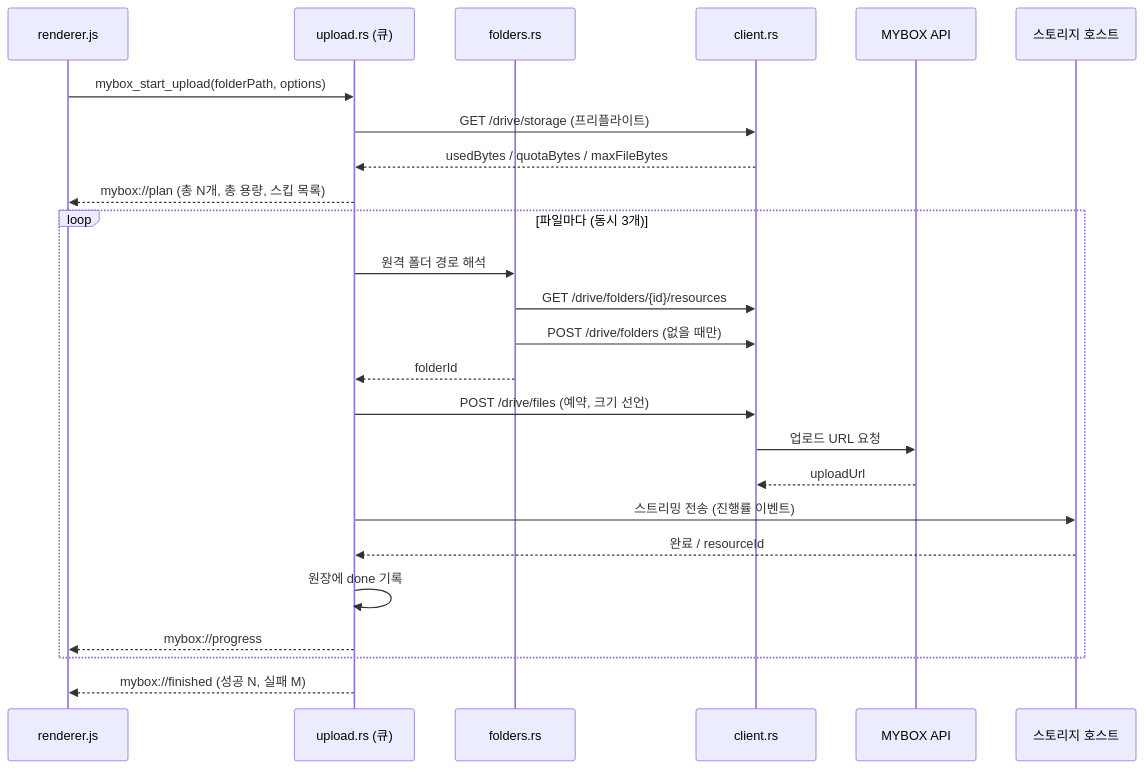
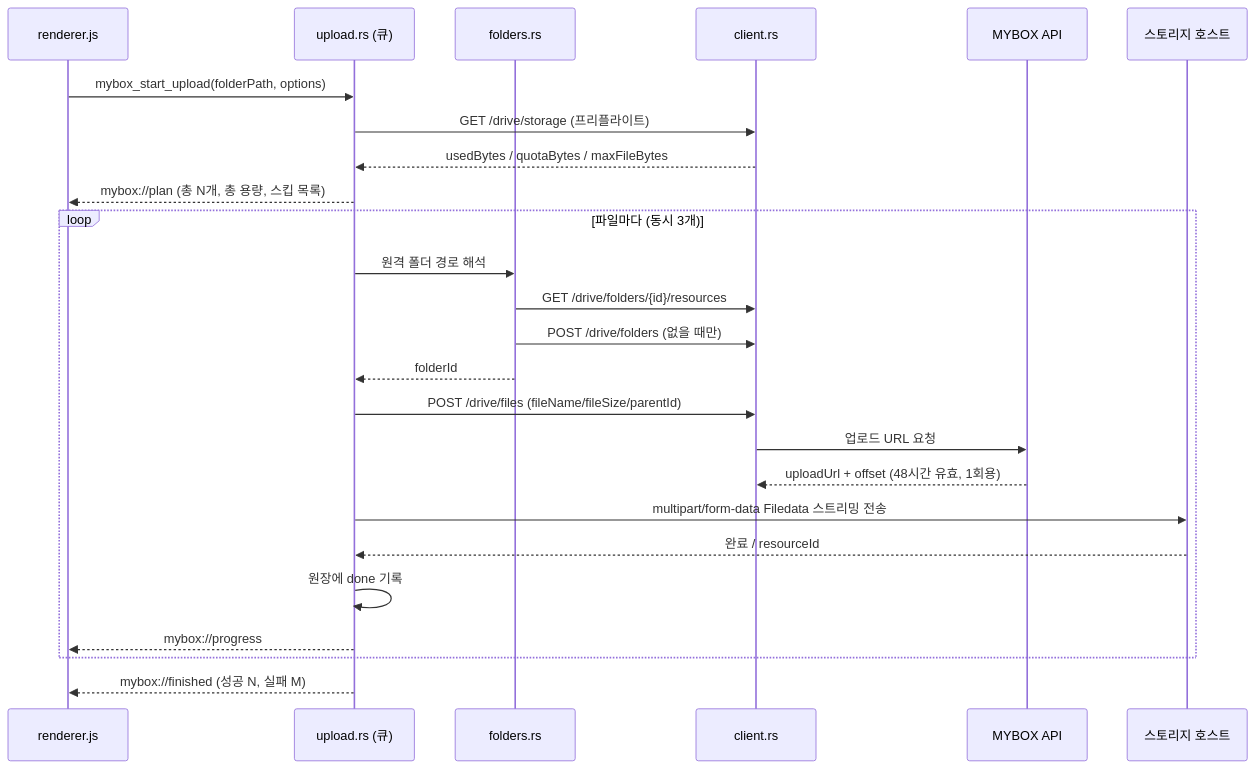
One commit to bouhyung/filename_changer_forfishclass changed the diagram in docs/mybox-upload-design.md. Above: the diagram before and after it, drawn with Mermaid. The commit also changed other lines of this file, not shown here.

````diff
--- a/docs/mybox-upload-design.md
+++ b/docs/mybox-upload-design.md
@@ -158,28 +268,28 @@
 ```mermaid
 sequenceDiagram
     participant UI as renderer.js
     participant Q as upload.rs (큐)
     participant F as folders.rs
     participant C as client.rs
     participant MB as MYBOX API
     participant ST as 스토리지 호스트
 
     UI->>Q: mybox_start_upload(folderPath, options)
     Q->>C: GET /drive/storage (프리플라이트)
     C-->>Q: usedBytes / quotaBytes / maxFileBytes
     Q-->>UI: mybox://plan (총 N개, 총 용량, 스킵 목록)
     loop 파일마다 (동시 3개)
         Q->>F: 원격 폴더 경로 해석
         F->>C: GET /drive/folders/{id}/resources
         F->>C: POST /drive/folders (없을 때만)
         F-->>Q: folderId
-        Q->>C: POST /drive/files (예약, 크기 선언)
+        Q->>C: POST /drive/files (fileName/fileSize/parentId)
         C->>MB: 업로드 URL 요청
-        MB-->>C: uploadUrl
-        Q->>ST: 스트리밍 전송 (진행률 이벤트)
+        MB-->>C: uploadUrl + offset (48시간 유효, 1회용)
+        Q->>ST: multipart/form-data Filedata 스트리밍 전송
         ST-->>Q: 완료 / resourceId
         Q->>Q: 원장에 done 기록
         Q-->>UI: mybox://progress
     end
     Q-->>UI: mybox://finished (성공 N, 실패 M)
 ```
````
